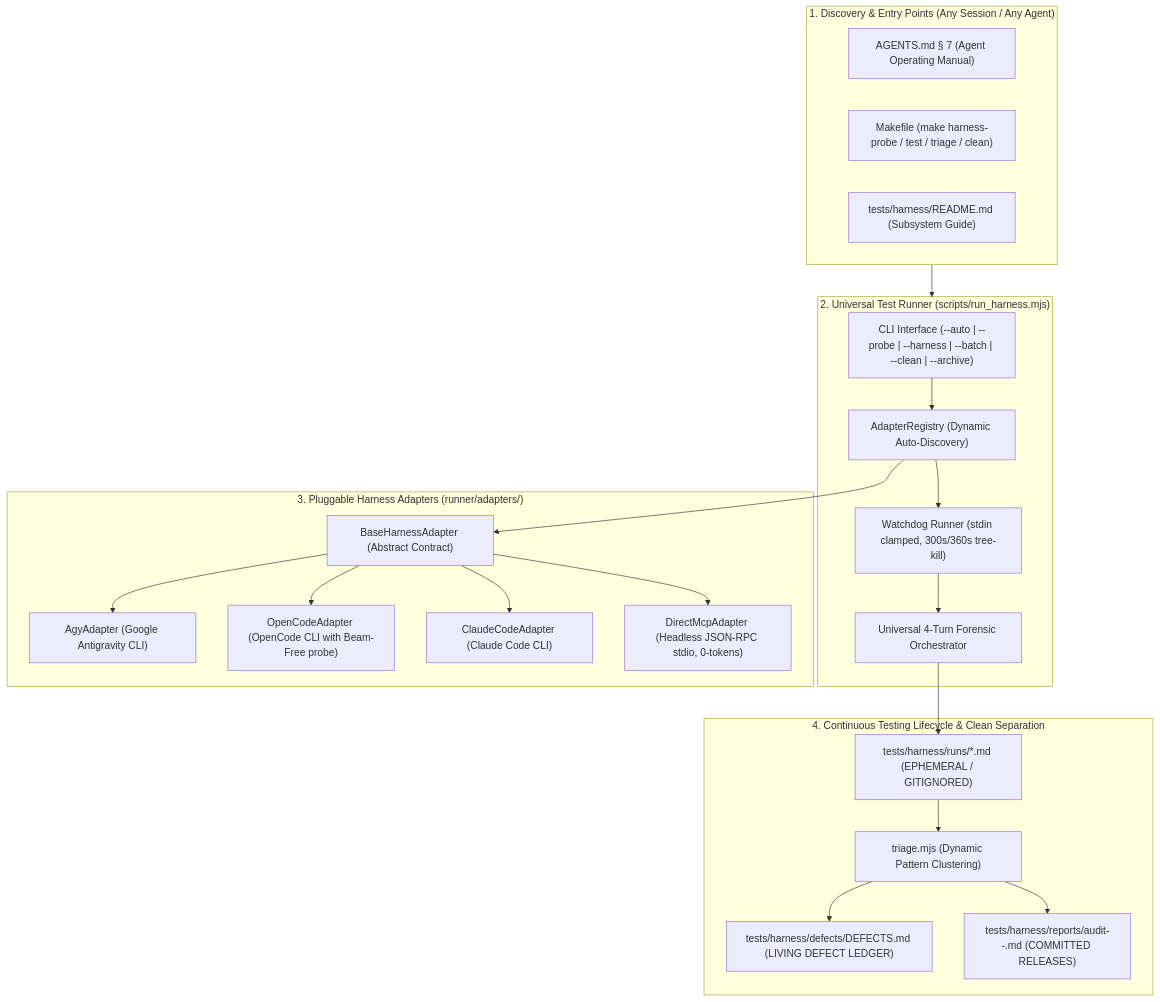
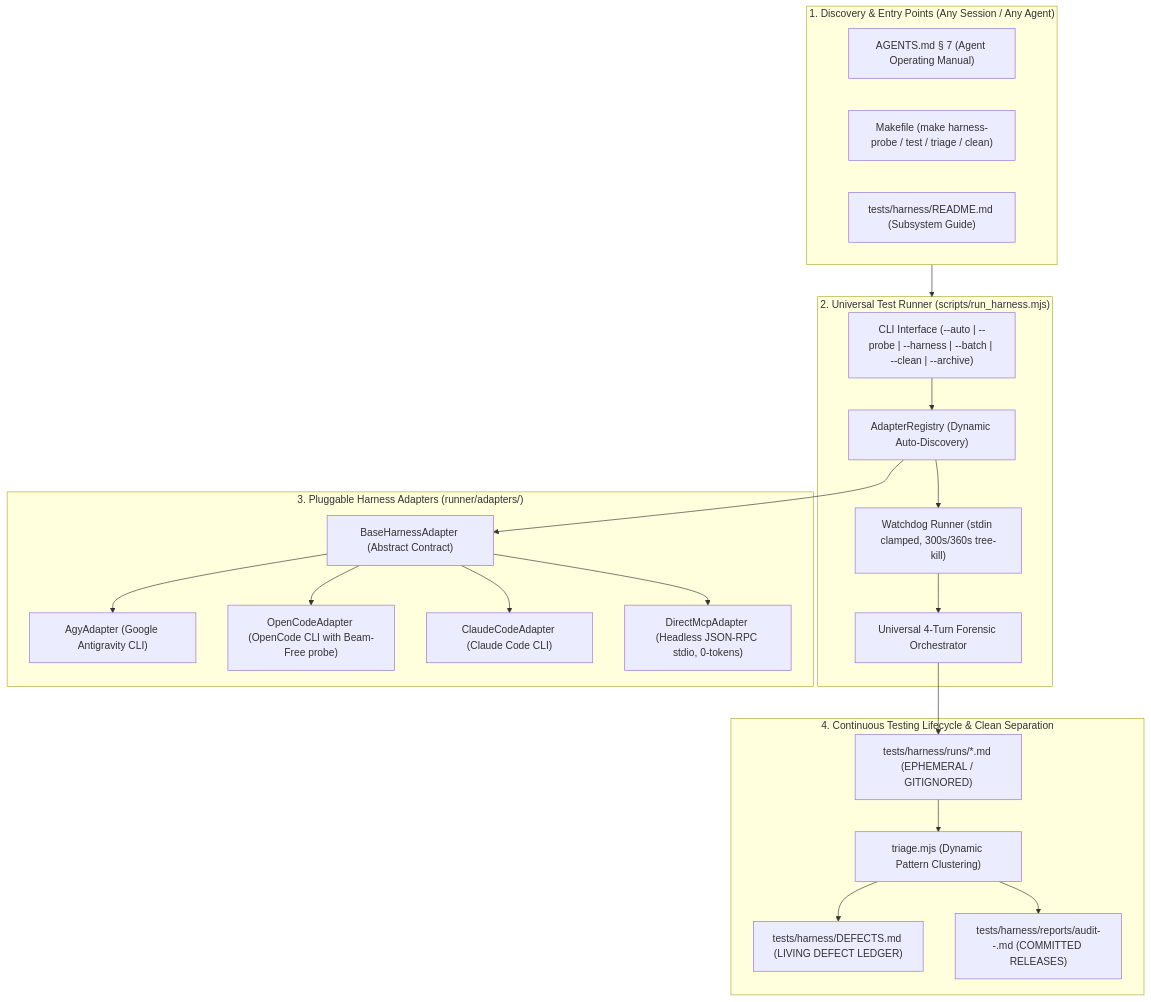
One commit to bhaskarjha-dev/vivechak changed the diagram in tests/harness/README.md. Above: the diagram before and after it, drawn with Mermaid. The commit also changed other lines of this file and 10 other files, not shown here.

Commit message:
refactor(repo): establish tri-scope generator symmetry and flatten harness defects ledger

````diff
--- a/tests/harness/README.md
+++ b/tests/harness/README.md
@@ -10,40 +10,40 @@
 ```mermaid
 graph TD
     subgraph Discovery["1. Discovery & Entry Points (Any Session / Any Agent)"]
         AGENTS["AGENTS.md § 7 (Agent Operating Manual)"]
         MAKE["Makefile (make harness-probe / test / triage / clean)"]
         README["tests/harness/README.md (Subsystem Guide)"]
     end
 
     subgraph CoreEngine["2. Universal Test Runner (scripts/run_harness.mjs)"]
         CLI["CLI Interface (--auto | --probe | --harness | --batch | --clean | --archive)"]
         Registry["AdapterRegistry (Dynamic Auto-Discovery)"]
         Watchdog["Watchdog Runner (stdin clamped, 300s/360s tree-kill)"]
         Protocol["Universal 4-Turn Forensic Orchestrator"]
         CLI --> Registry
         Registry --> Watchdog
         Watchdog --> Protocol
     end
 
     subgraph Adapters["3. Pluggable Harness Adapters (runner/adapters/)"]
         Base["BaseHarnessAdapter (Abstract Contract)"]
         Agy["AgyAdapter (Google Antigravity CLI)"]
         OpenCode["OpenCodeAdapter (OpenCode CLI with Beam-Free probe)"]
         ClaudeCode["ClaudeCodeAdapter (Claude Code CLI)"]
         DirectMCP["DirectMcpAdapter (Headless JSON-RPC stdio, 0-tokens)"]
         Base --> Agy
         Base --> OpenCode
         Base --> ClaudeCode
         Base --> DirectMCP
         Registry --> Base
     end
 
     subgraph Lifecycle["4. Continuous Testing Lifecycle & Clean Separation"]
         Protocol --> ScratchRuns["tests/harness/runs/*.md (EPHEMERAL / GITIGNORED)"]
         ScratchRuns --> Triage["triage.mjs (Dynamic Pattern Clustering)"]
-        Triage --> LivingLedger["tests/harness/defects/DEFECTS.md (LIVING DEFECT LEDGER)"]
+        Triage --> LivingLedger["tests/harness/DEFECTS.md (LIVING DEFECT LEDGER)"]
         Triage --> MilestoneReport["tests/harness/reports/audit-<version>-<date>.md (COMMITTED RELEASES)"]
     end
 
     Discovery --> CoreEngine
 ```
````
